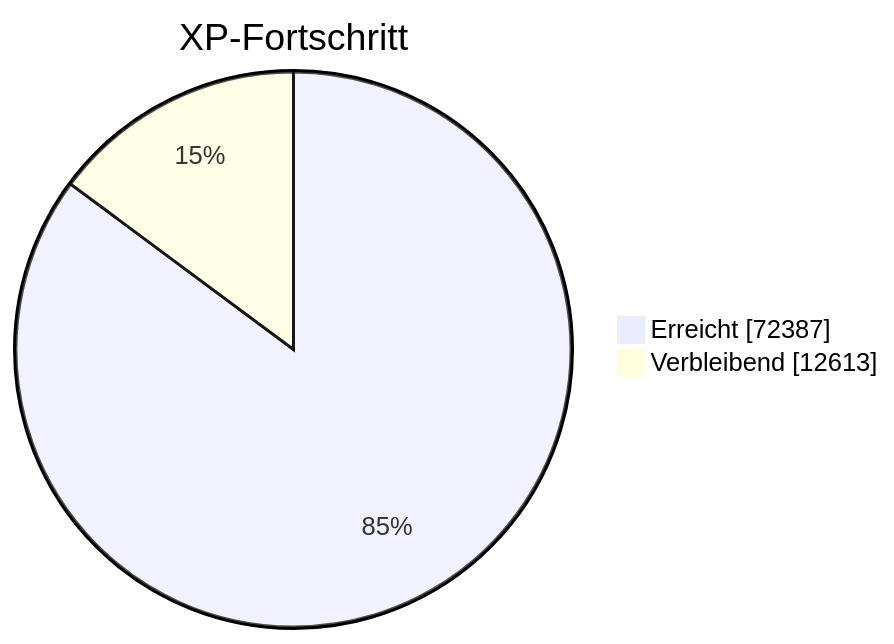
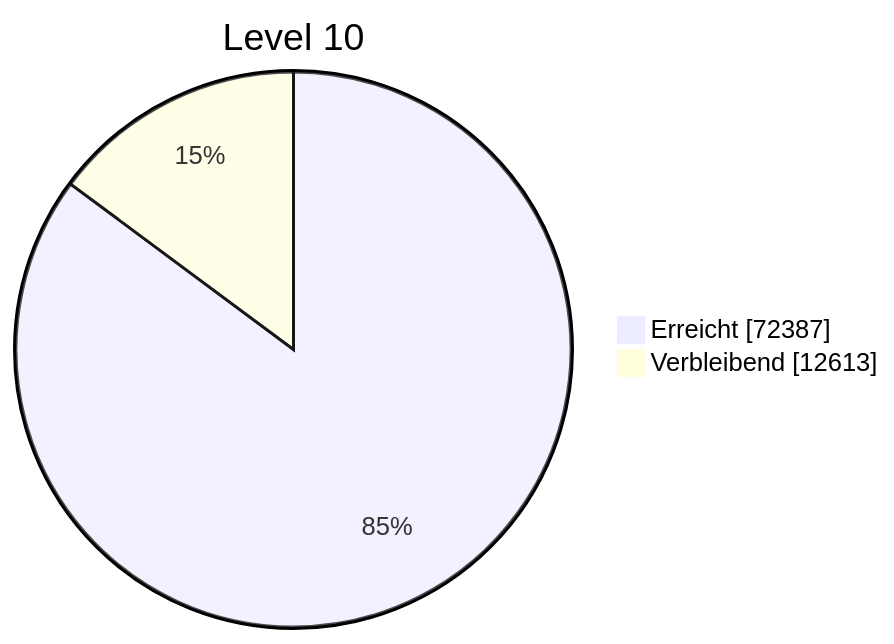
The diagram in 00_Barde.md (benno93/HansZimmer), drawn with Mermaid before and after one commit.

````diff
--- a/00_Barde.md
+++ b/00_Barde.md
@@ -3,6 +3,6 @@
 ```mermaid
 pie showData
-    title XP-Fortschritt
+    title Level 10
     "Erreicht" : 72387
     "Verbleibend" : 12613
 ```
````
